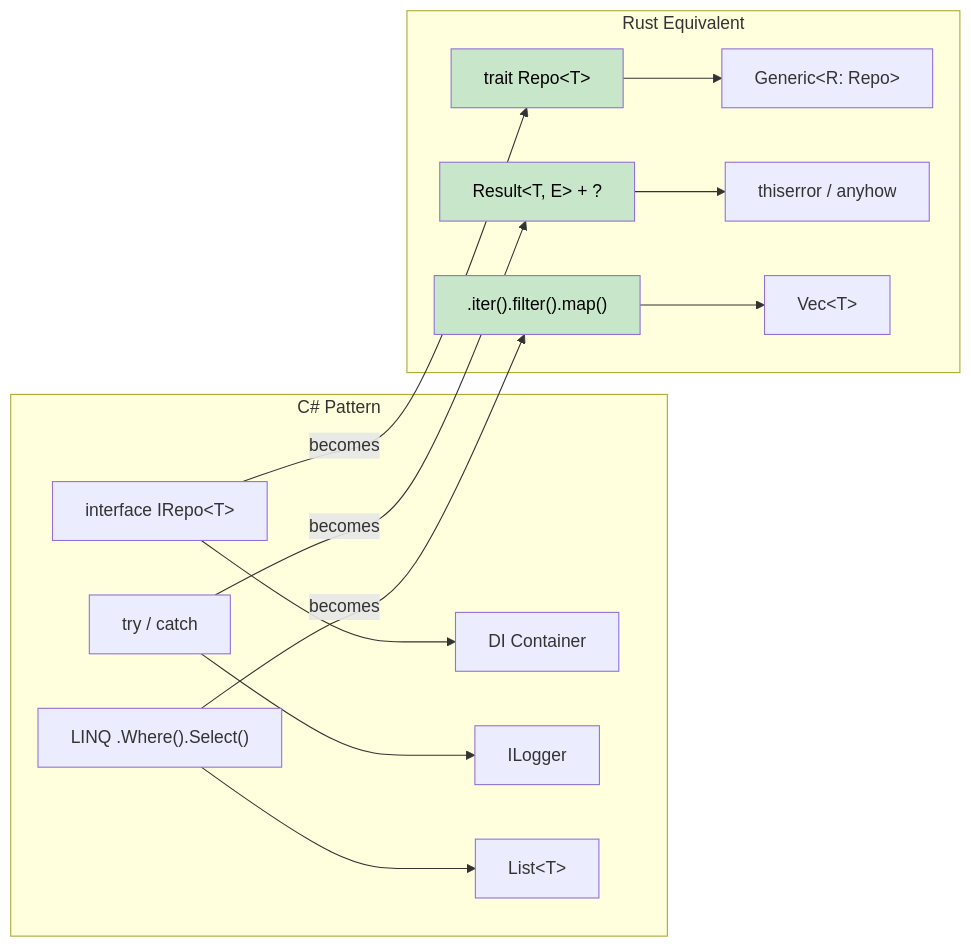
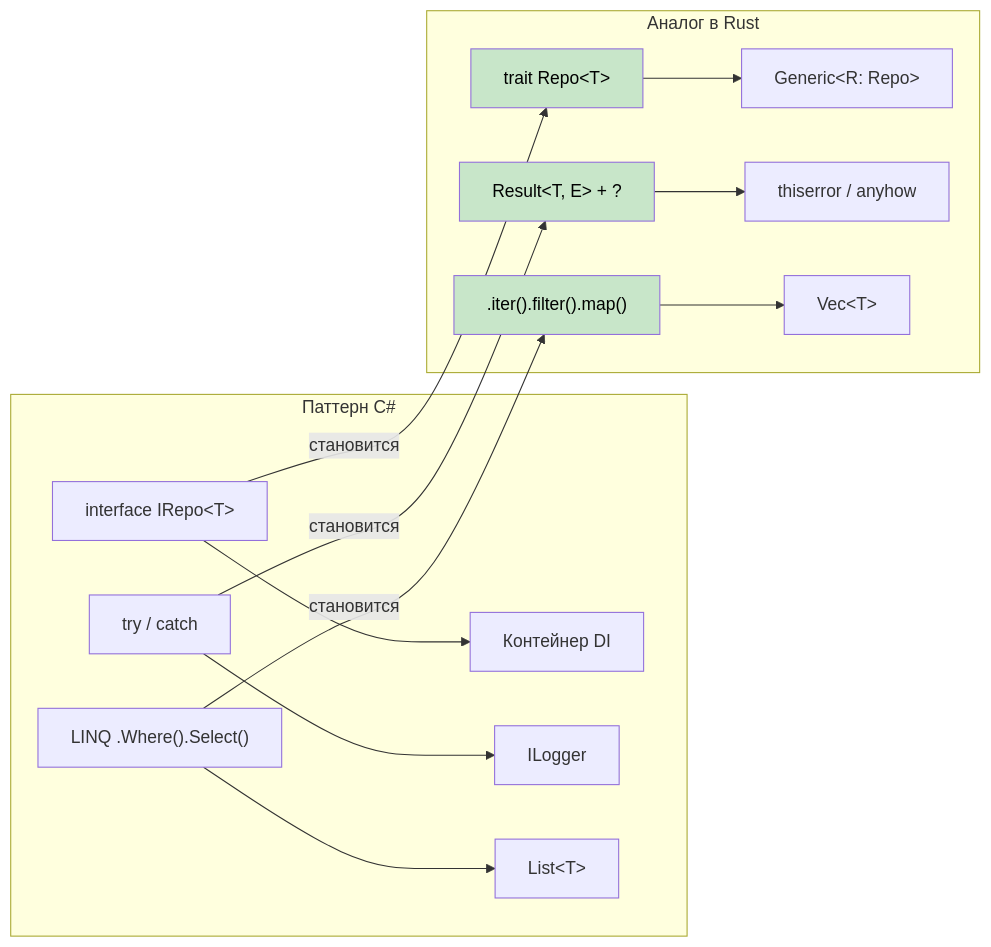
The diagram in csharp-book/src/ch15-migration-patterns-and-case-studies.md (r007/RustTraining-Rus), drawn with Mermaid before and after one commit. The commit also changed other lines of this file and 13 other files, not shown here.

````diff
--- a/csharp-book/src/ch15-migration-patterns-and-case-studies.md
+++ b/csharp-book/src/ch15-migration-patterns-and-case-studies.md
@@ -8,20 +8,20 @@
 ```mermaid
 graph LR
-    subgraph "C# Pattern"
-        I["interface IRepo&lt;T&gt;"] --> DI["DI Container"]
+    subgraph "Паттерн C#"
+        I["interface IRepo&lt;T&gt;"] --> DI["Контейнер DI"]
         EX["try / catch"] --> LOG["ILogger"]
         LINQ["LINQ .Where().Select()"] --> LIST["List&lt;T&gt;"]
     end
-    subgraph "Rust Equivalent"
+    subgraph "Аналог в Rust"
         TR["trait Repo&lt;T&gt;"] --> GEN["Generic&lt;R: Repo&gt;"]
         RES["Result&lt;T, E&gt; + ?"] --> THISERR["thiserror / anyhow"]
         ITER[".iter().filter().map()"] --> VEC["Vec&lt;T&gt;"]
     end
-    I -->|"becomes"| TR
-    EX -->|"becomes"| RES
-    LINQ -->|"becomes"| ITER
+    I -->|"становится"| TR
+    EX -->|"становится"| RES
+    LINQ -->|"становится"| ITER
 
     style TR fill:#c8e6c9,color:#000
     style RES fill:#c8e6c9,color:#000
     style ITER fill:#c8e6c9,color:#000
 ```
````
